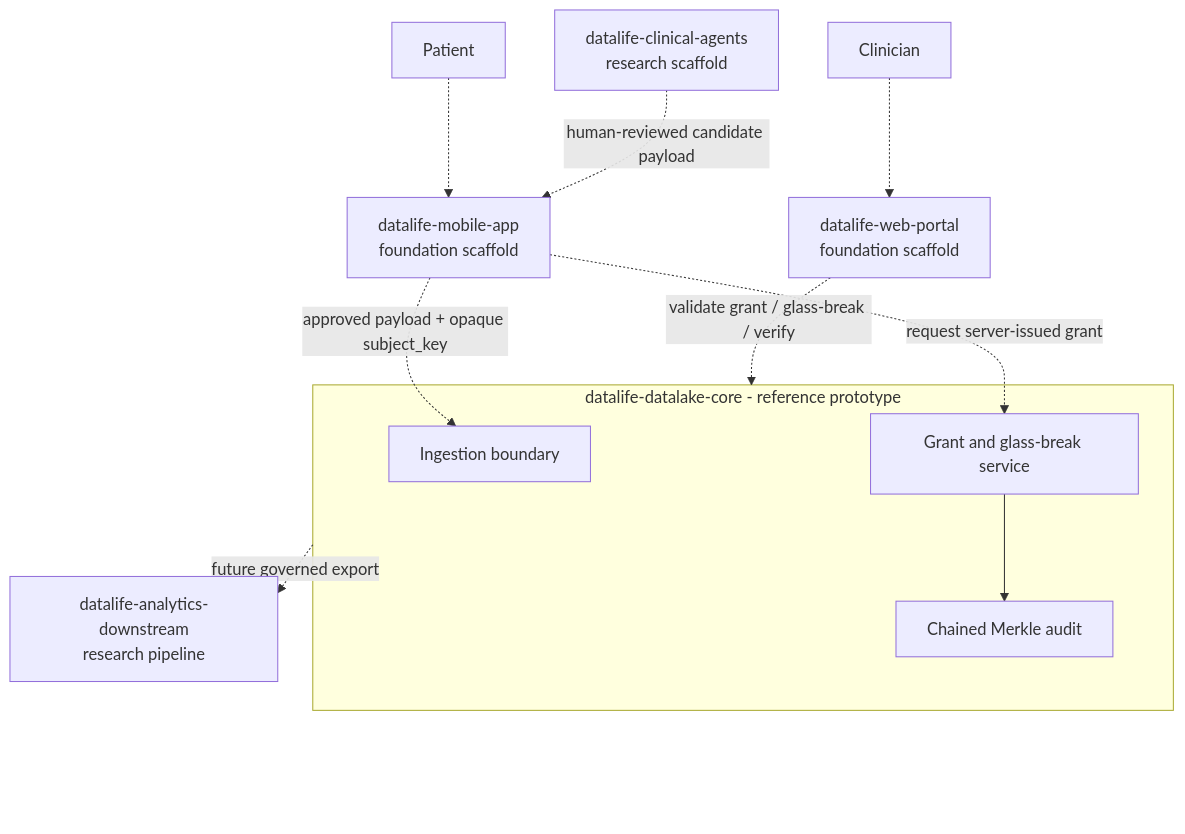
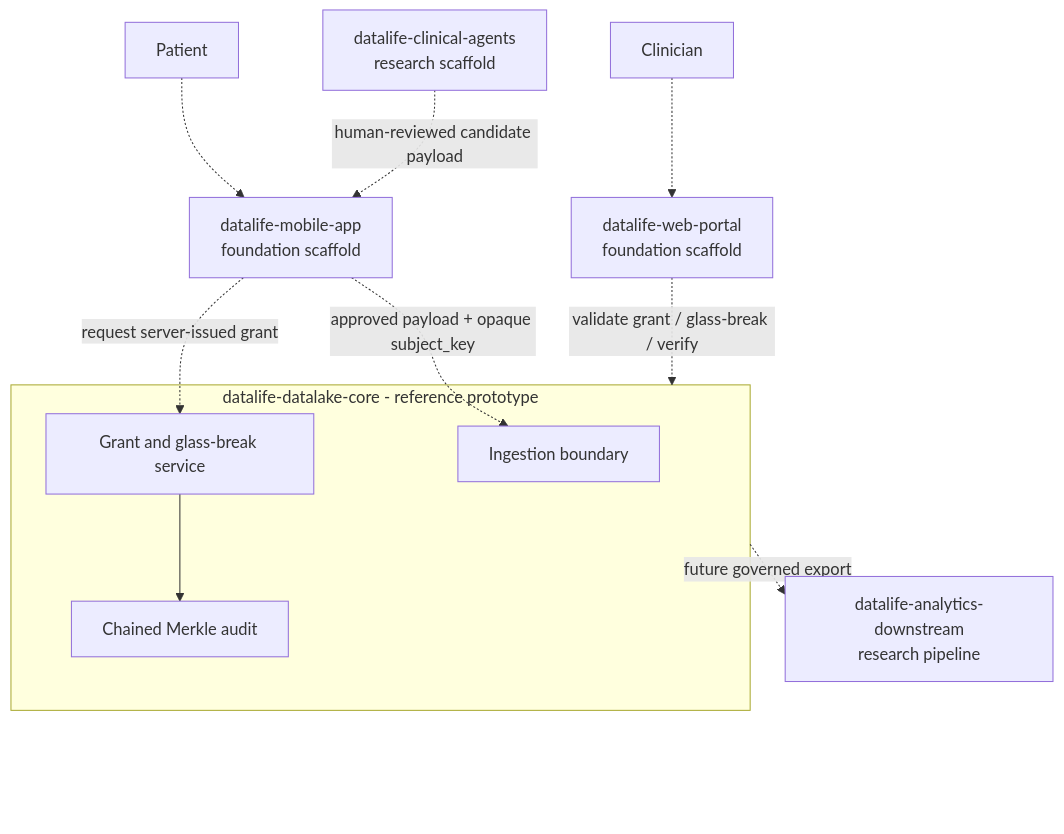
Before and after one commit to datalife-ehealth/.github: the diagram in profile/README.md, drawn with Mermaid.

Commit message:
docs(profile): tighten Mermaid core diagram spacing

````diff
--- a/profile/README.md
+++ b/profile/README.md
@@ -51,27 +51,26 @@
 ```mermaid
 %%{init: {"flowchart": {"diagramPadding": 32, "nodeSpacing": 48, "rankSpacing": 56}}}%%
 flowchart TB
     Patient[Patient] -.-> Mobile["datalife-mobile-app<br/>foundation scaffold"]
     Clinician[Clinician] -.-> Web["datalife-web-portal<br/>foundation scaffold"]
 
     subgraph CoreRepo["datalife-datalake-core - reference prototype"]
         Ingest[Ingestion boundary]
         Grants[Grant and glass-break service]
         Audit[Chained Merkle audit]
         Grants --> Audit
     end
 
     Mobile -. "approved payload + opaque subject_key" .-> Ingest
     Mobile -. "request server-issued grant" .-> Grants
     Web -. "validate grant / glass-break / verify" .-> CoreRepo
 
     Agents["datalife-clinical-agents<br/>research scaffold"]
     Analytics["datalife-analytics-downstream<br/>research pipeline"]
     Agents -. "human-reviewed candidate payload" .-> Mobile
     CoreRepo -. "future governed export" .-> Analytics
 
     Analytics ~~~ ViewerControlSafeArea["viewer controls safe area"]
-    Audit ~~~ ViewerControlSafeArea
     classDef layoutSpacer fill:transparent,stroke:transparent,color:transparent;
     class ViewerControlSafeArea layoutSpacer;
 ```
````
